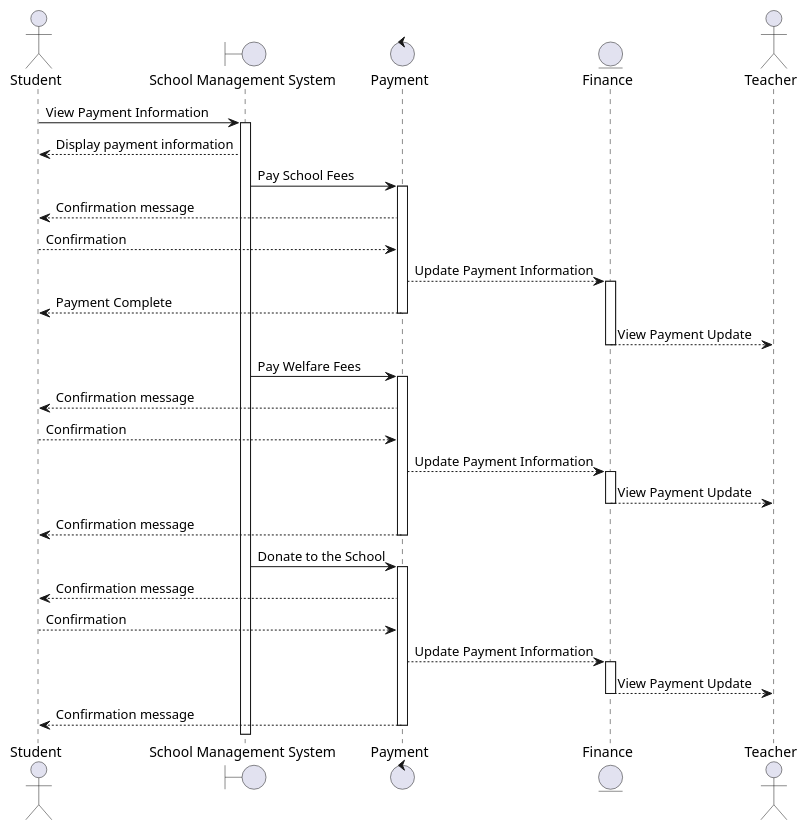
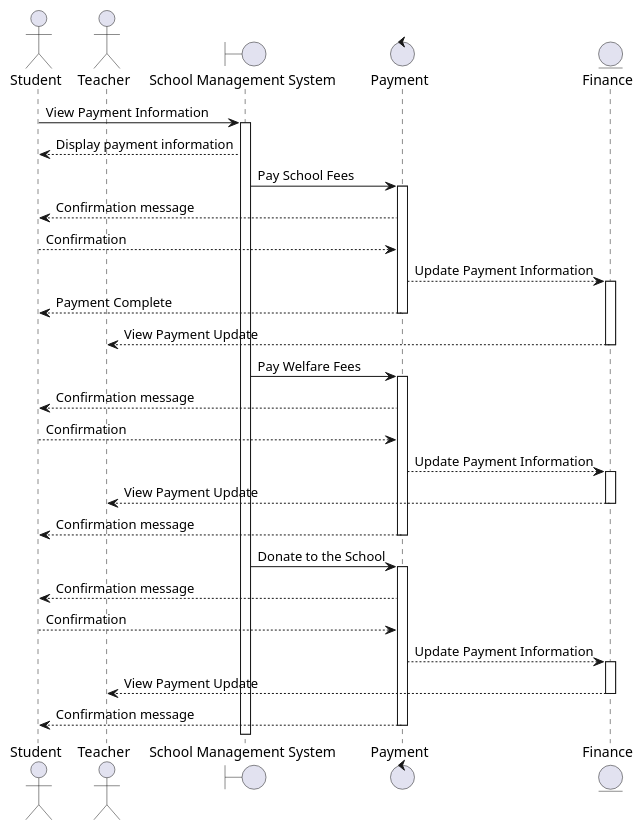
Before and after one commit to AdithyaSean/School-Management-System: the diagram in School Management System Sequence Diagram.puml, drawn with PlantUML. The commit also changed other lines of this file, not shown here.

```diff
--- a/School Management System Sequence Diagram.puml
+++ b/School Management System Sequence Diagram.puml
@@ -1,45 +1,45 @@
 @startuml School Management System
 
 actor Student
+actor Teacher
 boundary "School Management System" as SchoolManagementSystem
 control Payment
 entity Finance
-actor Teacher
 
 Student -> SchoolManagementSystem: View Payment Information
 activate SchoolManagementSystem
 SchoolManagementSystem --> Student: Display payment information
 SchoolManagementSystem -> Payment: Pay School Fees
 activate Payment
 Payment --> Student: Confirmation message
 Student --> Payment: Confirmation
 Payment --> Finance: Update Payment Information
 activate Finance
 Payment --> Student: Payment Complete
 deactivate Payment
 Finance --> Teacher: View Payment Update
 deactivate Finance
 
 SchoolManagementSystem -> Payment: Pay Welfare Fees
 activate Payment
 Payment --> Student: Confirmation message
 Student --> Payment: Confirmation
 Payment --> Finance: Update Payment Information
 activate Finance
 Finance --> Teacher: View Payment Update
 deactivate Finance
 Payment --> Student: Confirmation message
 deactivate Payment
 
 SchoolManagementSystem -> Payment: Donate to the School
 activate Payment
 Payment --> Student: Confirmation message
 Student --> Payment: Confirmation
 Payment --> Finance: Update Payment Information
 activate Finance
 Finance --> Teacher: View Payment Update
 deactivate Finance
 Payment --> Student: Confirmation message
 deactivate Payment
 
 @enduml
```
